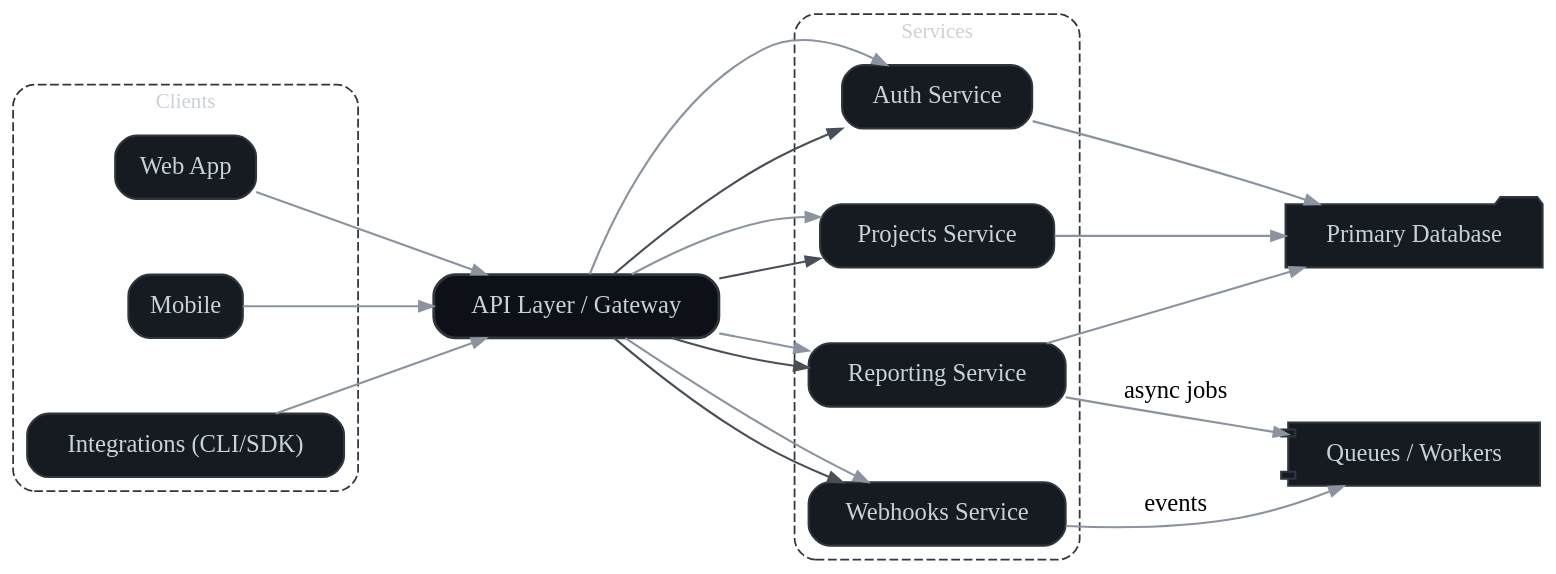
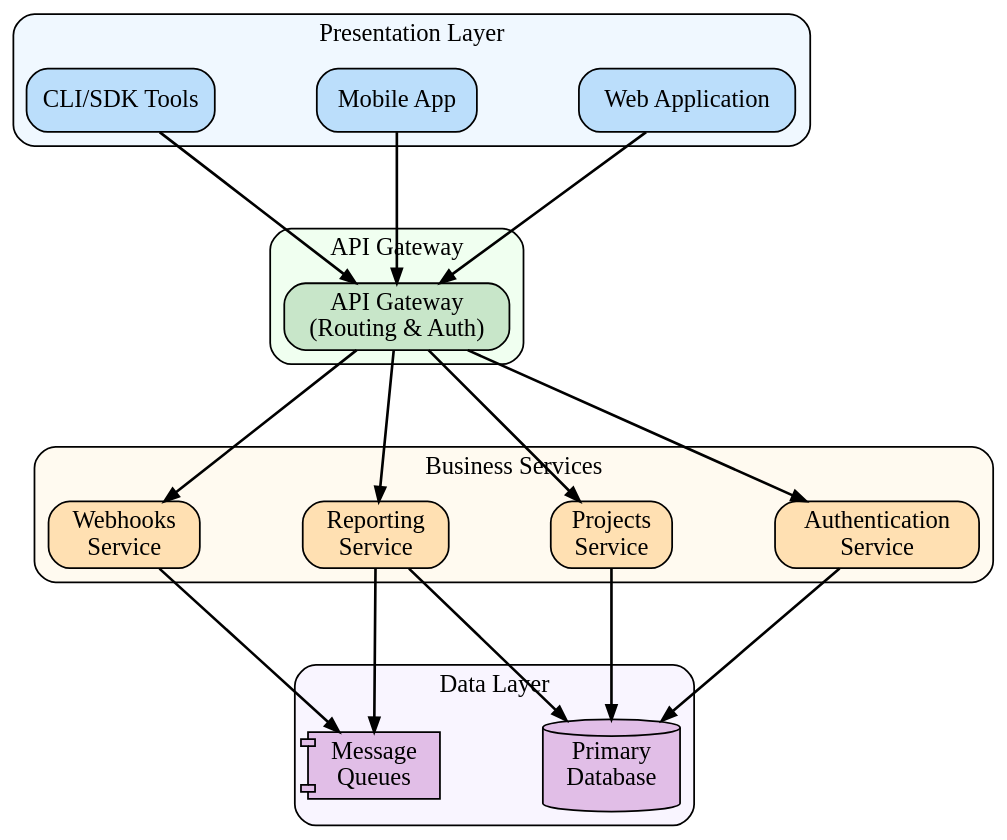
The diagram in software-guides/img/conceptual-architecture.dot (KorayErkan/tw-portfolio), drawn with Graphviz before and after one commit. The commit also changed 16 other files, not shown here.

Commit message:
Updated the Graphviz graphics files

```diff
--- a/software-guides/img/conceptual-architecture.dot
+++ b/software-guides/img/conceptual-architecture.dot
@@ -1,61 +1,67 @@
 digraph G {
-  graph [rankdir=LR, splines=true, bgcolor="transparent", nodesep=0.6, ranksep=0.7];
-  node  [shape=rounded, style="filled,rounded", fillcolor="#161b22", color="#30363d", fontcolor="#c9d1d9", penwidth=1.2];
-  edge  [color="#8b949e", arrowsize=0.8, penwidth=1.2];
+  graph [rankdir=TB, splines=false, bgcolor="transparent", nodesep=0.8, ranksep=1.2];
+  node [shape=box, style="rounded,filled", fontname="Calibri", fontsize=14];
+  edge [arrowsize=0.8, penwidth=1.5, fontname="Calibri", fontsize=14];
 
-  // Left: Clients
-  subgraph cluster_clients {
-    label="Clients";
-    labelloc="t";
-    fontsize=12;
-    color="#30363d";
-    fontcolor="#c9d1d9";
-    style="rounded,dashed";
-    c1 [label="Web App"];
-    c2 [label="Mobile"];
-    c3 [label="Integrations (CLI/SDK)"];
+  // Presentation Layer
+  subgraph cluster_presentation {
+    label="Presentation Layer";
+    style="rounded,filled";
+    fillcolor="#f0f8ff";
+    fontname="Calibri";
+    fontsize=14;
+    webapp [label="Web Application", fillcolor="#bbdefb"];
+    mobile [label="Mobile App", fillcolor="#bbdefb"];
+    cli [label="CLI/SDK Tools", fillcolor="#bbdefb"];
   }
 
-  // Middle: API Layer / Gateway
-  api [label="API Layer / Gateway", shape=rounded, fillcolor="#0d1117", penwidth=1.6];
-
-  // Right: Services cluster
-  subgraph cluster_services {
-    label="Services";
-    labelloc="t";
-    fontsize=12;
-    color="#30363d";
-    fontcolor="#c9d1d9";
-    style="rounded,dashed";
-    s1 [label="Auth Service"];
-    s2 [label="Projects Service"];
-    s3 [label="Reporting Service"];
-    s4 [label="Webhooks Service"];
+  // API Gateway Layer
+  subgraph cluster_gateway {
+    label="API Gateway";
+    style="rounded,filled";
+    fillcolor="#f0fff0";
+    fontname="Calibri";
+    fontsize=14;
+    gateway [label="API Gateway\n(Routing & Auth)", fillcolor="#c8e6c9"];
   }
 
-  // Data layer (DB & Queues) on a lower rank
-  { rank=same; db [label="Primary Database", shape=folder, fillcolor="#161b22"]; q [label="Queues / Workers", shape=component, fillcolor="#161b22"]; }
+  // Business Services Layer
+  subgraph cluster_services {
+    label="Business Services";
+    style="rounded,filled";
+    fillcolor="#fffaf0";
+    fontname="Calibri";
+    fontsize=14;
+    auth [label="Authentication\nService", fillcolor="#ffe0b2"];
+    projects [label="Projects\nService", fillcolor="#ffe0b2"];
+    reporting [label="Reporting\nService", fillcolor="#ffe0b2"];
+    webhooks [label="Webhooks\nService", fillcolor="#ffe0b2"];
+  }
 
-  // Flows
-  c1 -> api;
-  c2 -> api;
-  c3 -> api;
+  // Data Layer
+  subgraph cluster_data {
+    label="Data Layer";
+    style="rounded,filled";
+    fillcolor="#f9f5ff";
+    fontname="Calibri";
+    fontsize=14;
+    database [label="Primary\nDatabase", fillcolor="#e1bee7", shape=cylinder];
+    queues [label="Message\nQueues", fillcolor="#e1bee7", shape=component];
+  }
 
-  api -> s1;
-  api -> s2;
-  api -> s3;
-  api -> s4;
+  // Connections - Clean top-to-bottom flow
+  webapp -> gateway;
+  mobile -> gateway;
+  cli -> gateway;
 
-  // Service to data dependencies
-  s1 -> db;
-  s2 -> db;
-  s3 -> db;
-  s3 -> q [label="async jobs"];
-  s4 -> q [label="events"];
+  gateway -> auth;
+  gateway -> projects;
+  gateway -> reporting;
+  gateway -> webhooks;
 
-  // Optional reverse edges (responses)
-  s1 -> api [dir=back, color="#484f58"];
-  s2 -> api [dir=back, color="#484f58"];
-  s3 -> api [dir=back, color="#484f58"];
-  s4 -> api [dir=back, color="#484f58"];
+  auth -> database;
+  projects -> database;
+  reporting -> database;
+  reporting -> queues;
+  webhooks -> queues;
 }
```
